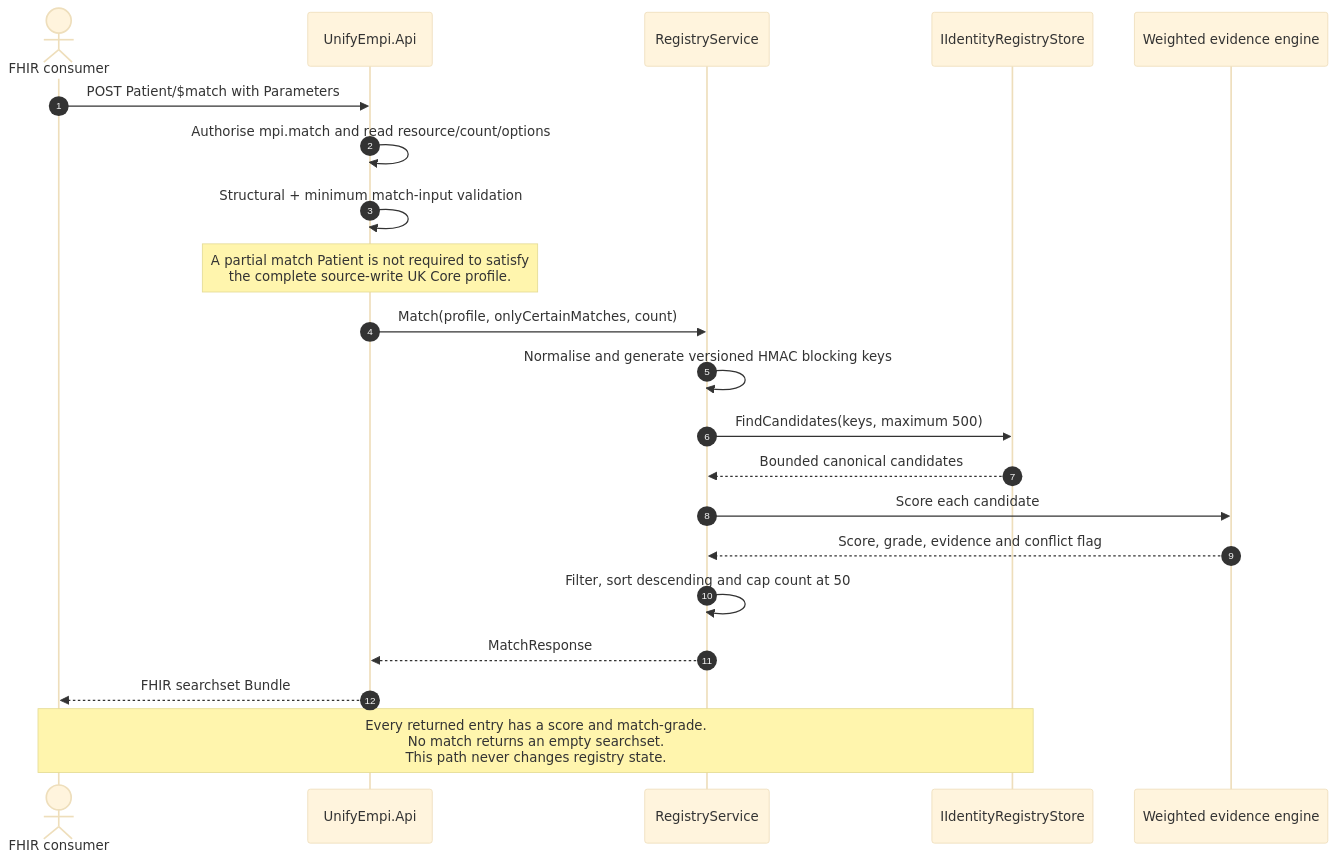
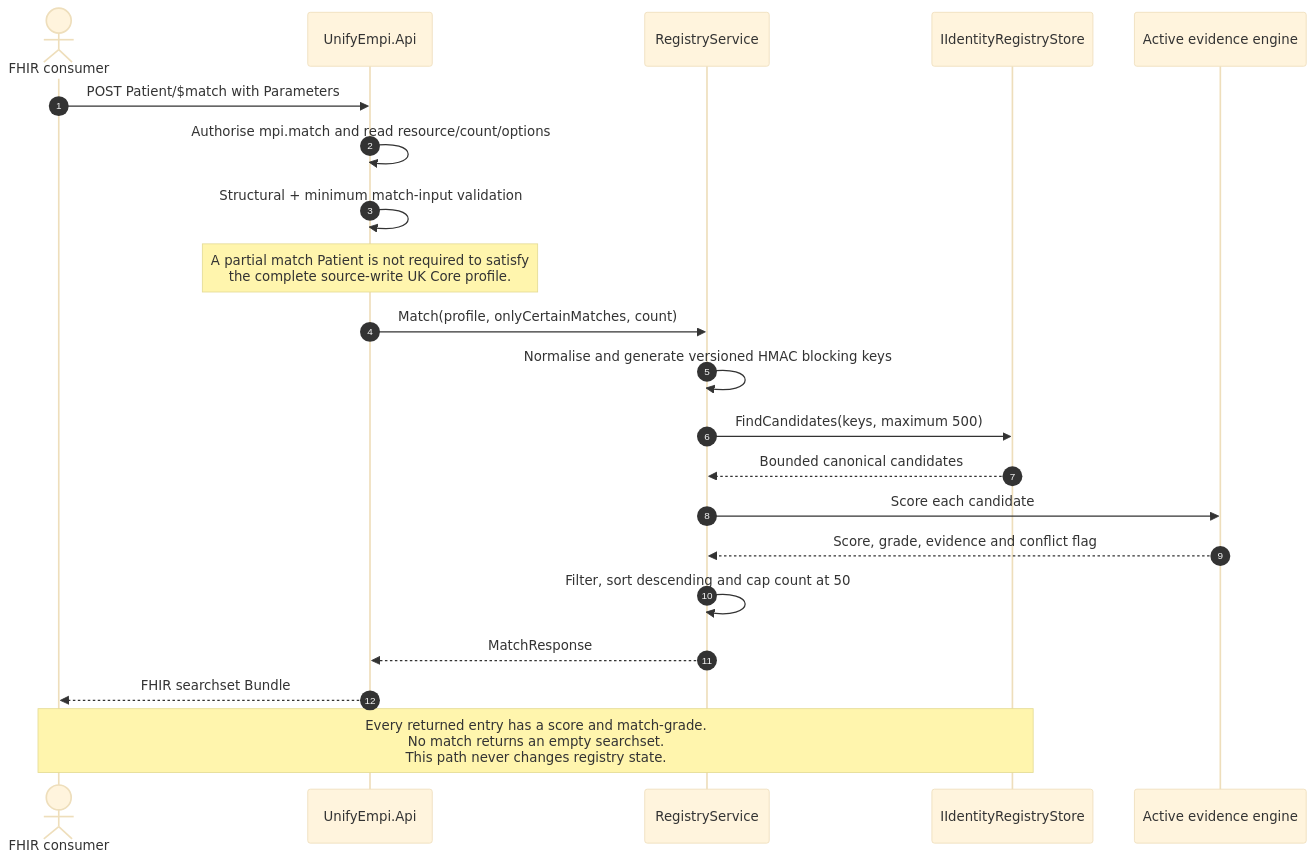
Before and after one commit to Lumbridge/FhirMpi: the sixth of 11 diagrams in docs-site/src/content/docs/architecture/core-paths.md, drawn with Mermaid (base theme). The commit also changed other lines of this file and 15 other files, not shown here.

````diff
--- a/docs-site/src/content/docs/architecture/core-paths.md
+++ b/docs-site/src/content/docs/architecture/core-paths.md
@@ -190,24 +279,24 @@
 ```mermaid
 sequenceDiagram
     autonumber
     actor Consumer as FHIR consumer
     participant API as UnifyEmpi.Api
     participant Registry as RegistryService
     participant Store as IIdentityRegistryStore
-    participant Matcher as Weighted evidence engine
+    participant Matcher as Active evidence engine
 
     Consumer->>API: POST Patient/$match with Parameters
     API->>API: Authorise mpi.match and read resource/count/options
     API->>API: Structural + minimum match-input validation
     Note over API: A partial match Patient is not required to satisfy<br/>the complete source-write UK Core profile.
     API->>Registry: Match(profile, onlyCertainMatches, count)
     Registry->>Registry: Normalise and generate versioned HMAC blocking keys
     Registry->>Store: FindCandidates(keys, maximum 500)
     Store-->>Registry: Bounded canonical candidates
     Registry->>Matcher: Score each candidate
     Matcher-->>Registry: Score, grade, evidence and conflict flag
     Registry->>Registry: Filter, sort descending and cap count at 50
     Registry-->>API: MatchResponse
     API-->>Consumer: FHIR searchset Bundle
     Note over Consumer,Store: Every returned entry has a score and match-grade.<br/>No match returns an empty searchset.<br/>This path never changes registry state.
 ```
````
